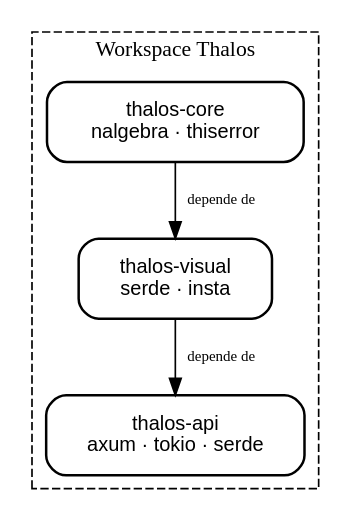
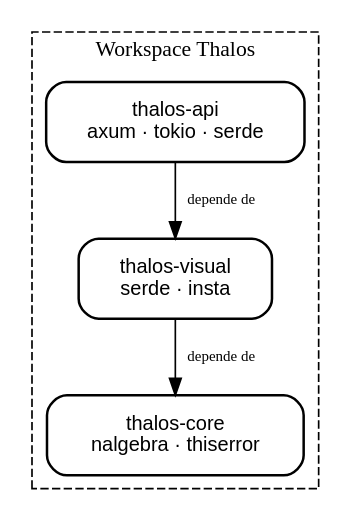
Before and after one commit to Void-CA/Thalos: the diagram in docs/architecture.qmd, drawn with Graphviz. The commit also changed other lines of this file and 5 other files, not shown here.

Commit message:
refactor(docs): update architecture and flow diagrams for clarity and responsiveness

````diff
--- a/docs/architecture.qmd
+++ b/docs/architecture.qmd
@@ -209,23 +193,23 @@
 ```{dot}
 //| fig-cap: "Mapa de dependencias del workspace"
 //| label: fig-dep-map
 digraph deps {
     rankdir=TB;
     splines=ortho;
     node [shape=box, style=rounded, penwidth=1.5, fontname="sans-serif", fontsize=12, margin="0.3,0.15"];
 
     subgraph cluster_crates {
         label="Workspace Thalos";
         style=dashed;
         penwidth=1;
         fontsize=13;
 
         api     [label="thalos-api\naxum · tokio · serde"];
         visual  [label="thalos-visual\nserde · insta"];
         core    [label="thalos-core\nnalgebra · thiserror"];
     }
 
-    core -> visual [label="depende de", fontsize=9];
-    visual -> api  [label="depende de", fontsize=9];
+    visual -> core [label="depende de", fontsize=9];
+    api -> visual  [label="depende de", fontsize=9];
 }
 ```
````
